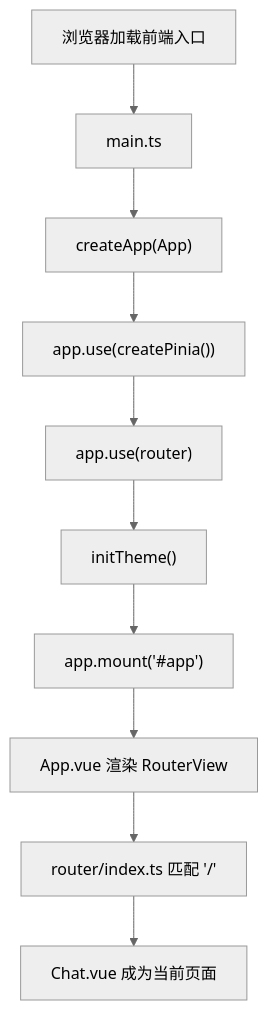
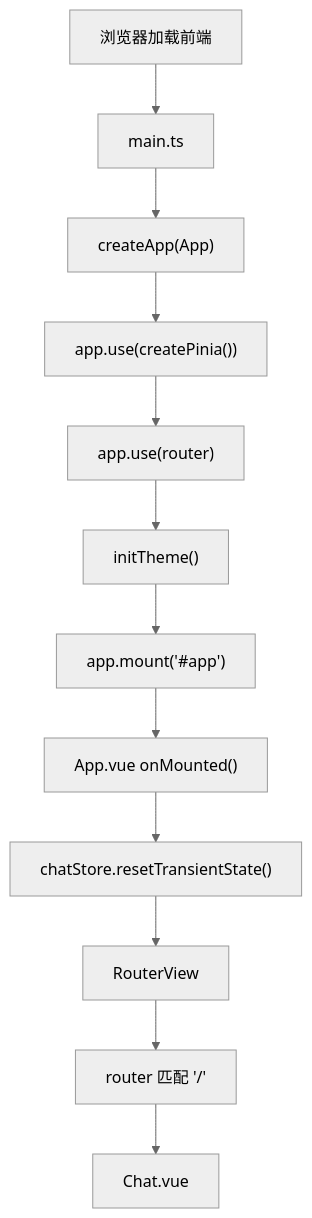
One commit to dandan812/ai-tool-chat changed the first of 2 diagrams in docs/frontend-learning-guide.md. Above: the diagram before and after it, drawn with Mermaid (neutral theme). The commit also changed other lines of this file, not shown here.

````diff
--- a/docs/frontend-learning-guide.md
+++ b/docs/frontend-learning-guide.md
@@ -135,12 +134,14 @@
 ```mermaid
 flowchart TD
-  A["浏览器加载前端入口"] --> B["main.ts"]
+  A["浏览器加载前端"] --> B["main.ts"]
   B --> C["createApp(App)"]
   C --> D["app.use(createPinia())"]
   D --> E["app.use(router)"]
   E --> F["initTheme()"]
   F --> G["app.mount('#app')"]
-  G --> H["App.vue 渲染 RouterView"]
-  H --> I["router/index.ts 匹配 '/'"]
-  I --> J["Chat.vue 成为当前页面"]
+  G --> H["App.vue onMounted()"]
+  H --> I["chatStore.resetTransientState()"]
+  I --> J["RouterView"]
+  J --> K["router 匹配 '/'"]
+  K --> L["Chat.vue"]
 ```
````
